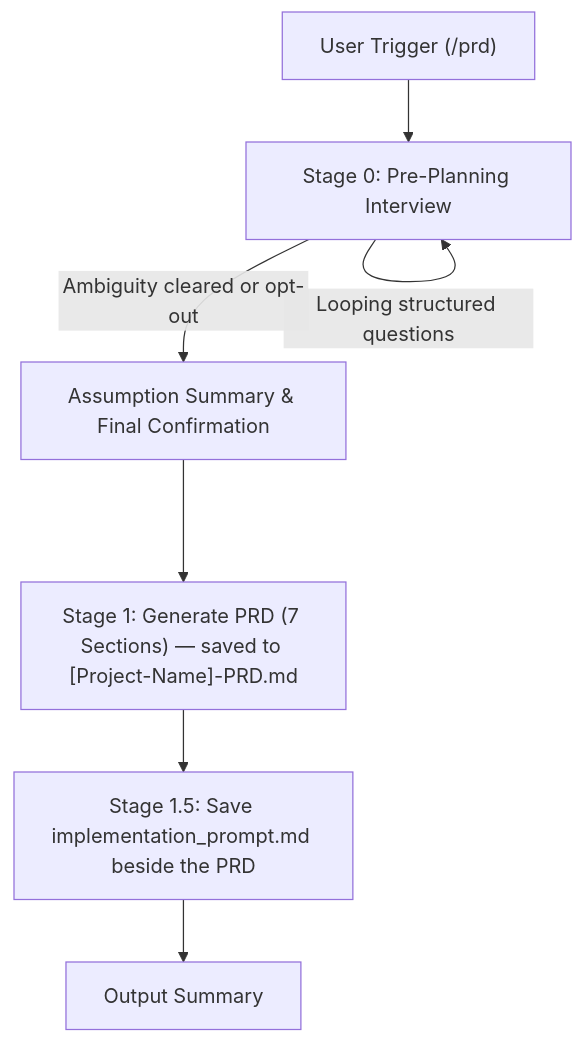
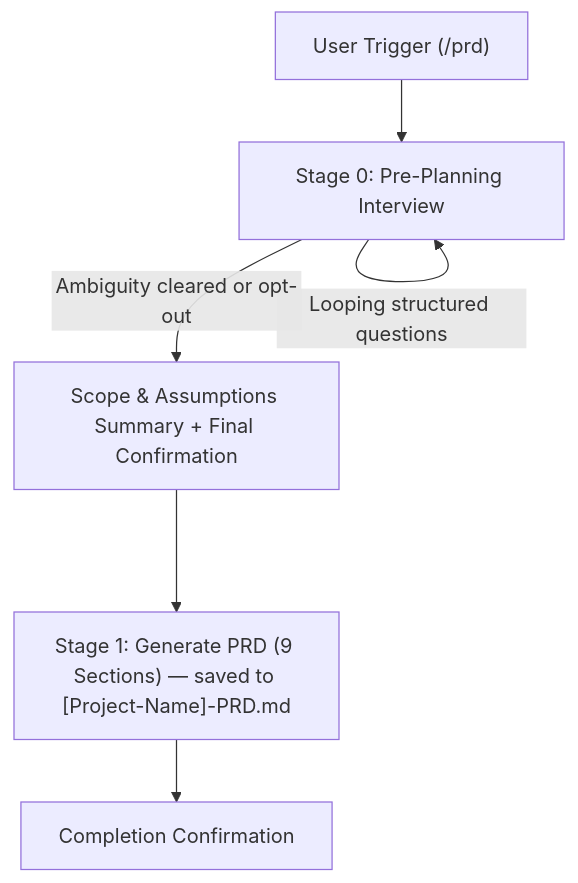
Before and after one commit to Badroel07/PRD-Generator: the diagram in README.md, drawn with Mermaid. The commit also changed other lines of this file and 6 other files, not shown here.

````diff
--- a/README.md
+++ b/README.md
@@ -37,9 +34,8 @@
 ```mermaid
 graph TD
     A["User Trigger (/prd)"] --> B["Stage 0: Pre-Planning Interview"]
     B -->|"Looping structured questions"| B
-    B -->|"Ambiguity cleared or opt-out"| C["Assumption Summary & Final Confirmation"]
-    C --> D["Stage 1: Generate PRD (7 Sections) — saved to [Project-Name]-PRD.md"]
-    D --> E["Stage 1.5: Save implementation_prompt.md beside the PRD"]
-    E --> F["Output Summary"]
+    B -->|"Ambiguity cleared or opt-out"| C["Scope & Assumptions Summary + Final Confirmation"]
+    C --> D["Stage 1: Generate PRD (9 Sections) — saved to [Project-Name]-PRD.md"]
+    D --> E["Completion Confirmation"]
 ```
````
